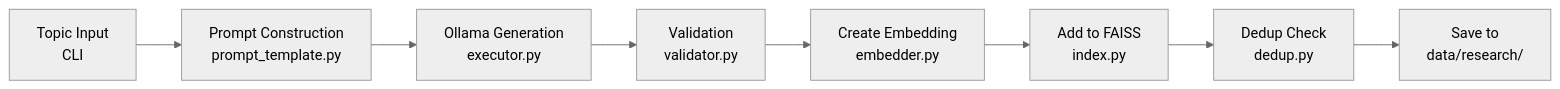
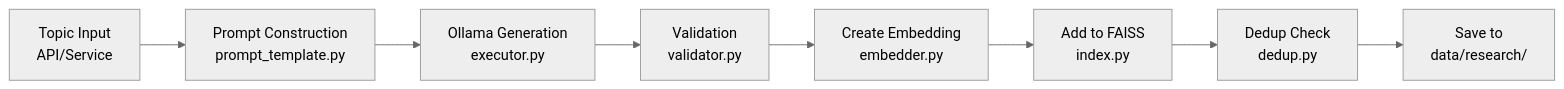
Before and after one commit to VinylStage/horror-story-generator: the eighth of 15 diagrams in docs/core/ARCHITECTURE.md, drawn with Mermaid (neutral theme). The commit also changed other lines of this file and 20 other files, not shown here.

````diff
--- a/docs/core/ARCHITECTURE.md
+++ b/docs/core/ARCHITECTURE.md
@@ -464,10 +464,10 @@
 ```mermaid
 flowchart LR
-    A["Topic Input<br/>CLI"] --> B["Prompt Construction<br/>prompt_template.py"]
+    A["Topic Input<br/>API/Service"] --> B["Prompt Construction<br/>prompt_template.py"]
     B --> C["Ollama Generation<br/>executor.py"]
     C --> D["Validation<br/>validator.py"]
     D --> E["Create Embedding<br/>embedder.py"]
     E --> F["Add to FAISS<br/>index.py"]
     F --> G["Dedup Check<br/>dedup.py"]
     G --> H["Save to<br/>data/research/"]
 ```
````
